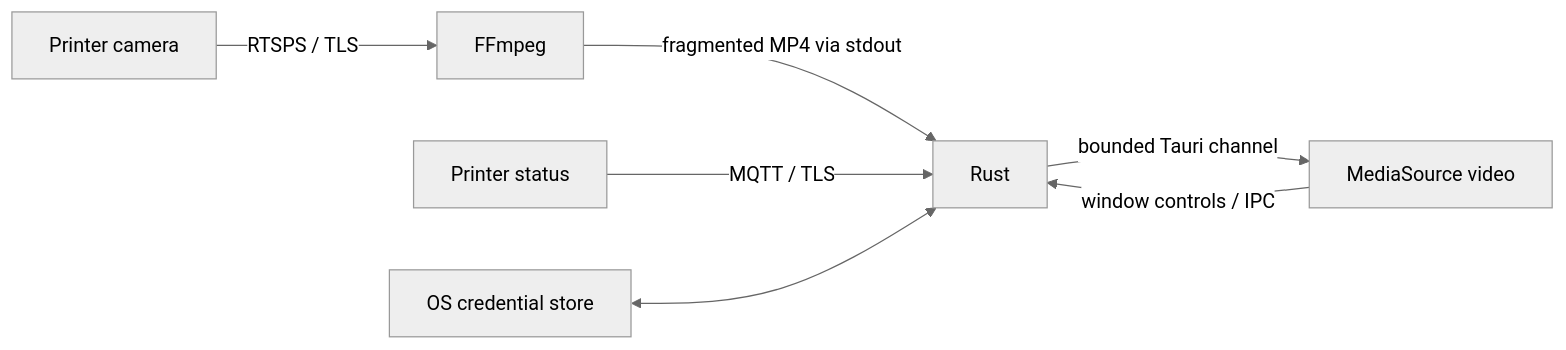
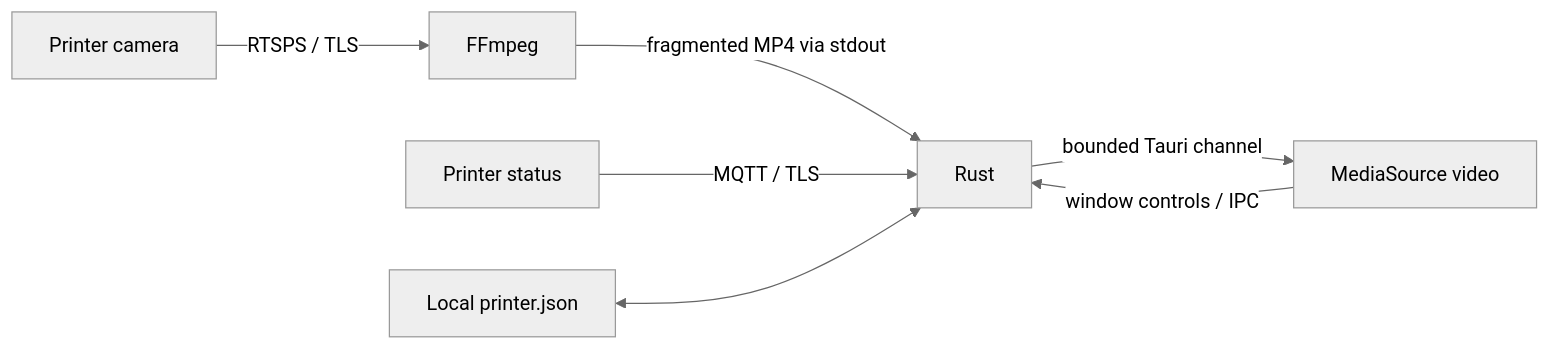
The diagram in docs/architecture.md (Fahim8371/bambupeek), drawn with Mermaid (neutral theme) before and after one commit. The commit also changed other lines of this file and 15 other files, not shown here.

Commit message:
Save printer locally without Keychain password prompts

````diff
--- a/docs/architecture.md
+++ b/docs/architecture.md
@@ -5,9 +5,9 @@
 ```mermaid
 flowchart LR
   Printer[Printer camera] -->|RTSPS / TLS| FFmpeg
   FFmpeg -->|fragmented MP4 via stdout| Rust
   Rust -->|bounded Tauri channel| Webview[MediaSource video]
   MQTT[Printer status] -->|MQTT / TLS| Rust
-  Keychain[OS credential store] <--> Rust
+  Profile[Local printer.json] <--> Rust
   Webview -->|window controls / IPC| Rust
 ```
````
